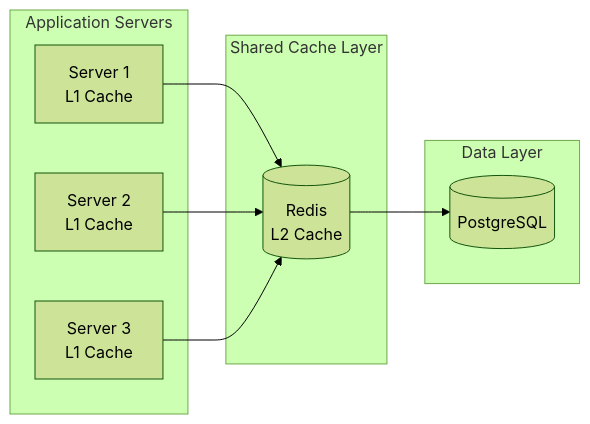
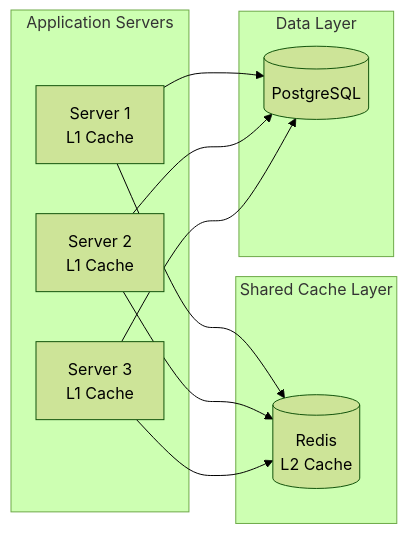
Before and after one commit to OneUptime/blog: the second of 3 diagrams in posts/2026-01-30-l2-cache-design/README.md, drawn with Mermaid (forest theme). The commit also changed other lines of this file and 2 other files, not shown here.

````diff
--- a/posts/2026-01-30-l2-cache-design/README.md
+++ b/posts/2026-01-30-l2-cache-design/README.md
@@ -42,21 +42,23 @@
 ```mermaid
 flowchart LR
     subgraph Application Servers
         A1[Server 1<br/>L1 Cache]
         A2[Server 2<br/>L1 Cache]
         A3[Server 3<br/>L1 Cache]
     end
 
     subgraph Shared Cache Layer
         R[(Redis<br/>L2 Cache)]
     end
 
     subgraph Data Layer
         DB[(PostgreSQL)]
     end
 
     A1 --> R
     A2 --> R
     A3 --> R
-    R --> DB
+    A1 --> DB
+    A2 --> DB
+    A3 --> DB
 ```
````
